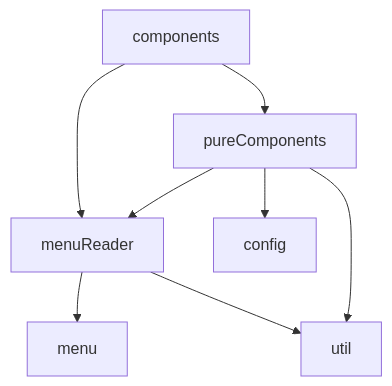
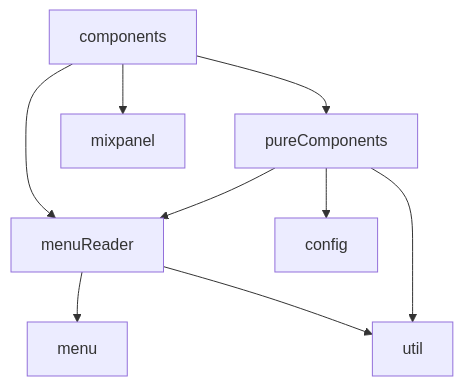
The diagram in README.md (mattriley/caffe-stazione-pos-simulator), drawn with Mermaid before and after one commit. The commit also changed other lines of this file and 8 other files, not shown here.

````diff
--- a/README.md
+++ b/README.md
@@ -44,10 +44,11 @@
 ```mermaid
 graph TD;
     components-->pureComponents;
     components-->menuReader;
+    components-->mixpanel;
     menuReader-->menu;
     menuReader-->util;
     pureComponents-->menuReader;
     pureComponents-->util;
     pureComponents-->config;
 ```
````
